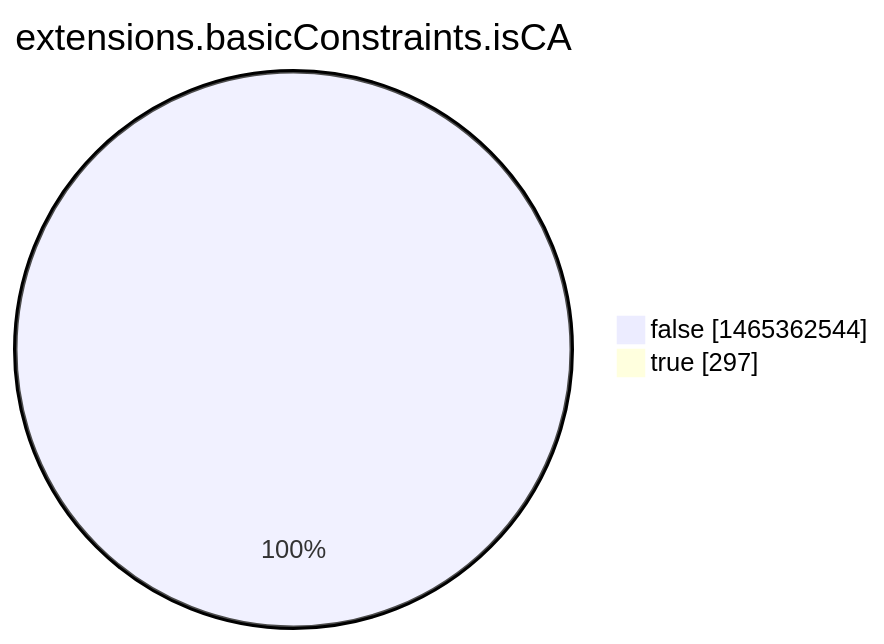
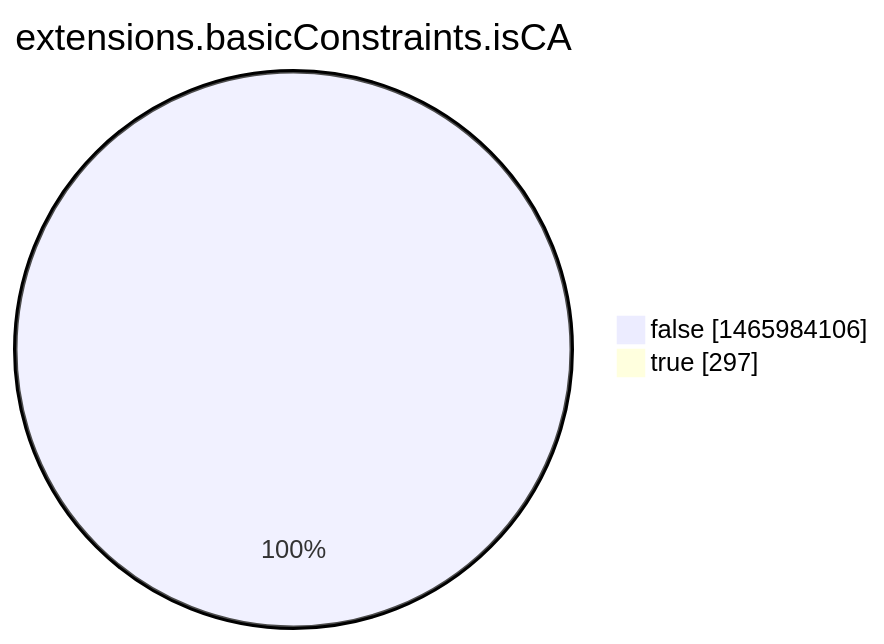
One commit to christiankrug/ctmonitor_visualization changed the eighth of 15 diagrams in argon2022/README.md. Above: the diagram before and after it, drawn with Mermaid. The commit also changed other lines of this file, not shown here.

````diff
--- a/argon2022/README.md
+++ b/argon2022/README.md
@@ -2760,6 +2760,6 @@
 ```mermaid
 pie showData
 title extensions.basicConstraints.isCA
-"false" :1465362544
+"false" :1465984106
 "true" :297
 ```
````
